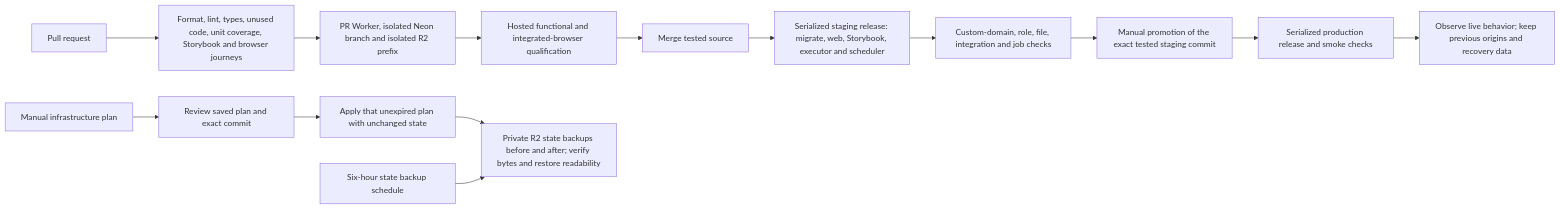
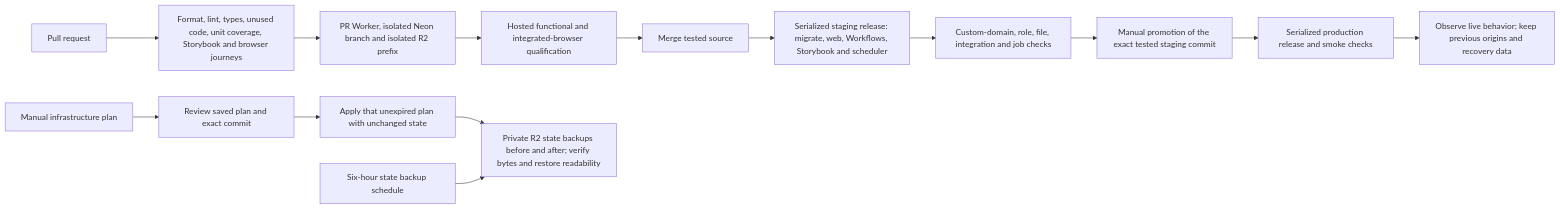
Before and after one commit to Fencing-Club/ecommerce: the third of 3 diagrams in apps/copacker/docs/specs/platform-migration/architecture.md, drawn with Mermaid. The commit also changed other lines of this file and 36 other files, not shown here.

````diff
--- a/apps/copacker/docs/specs/platform-migration/architecture.md
+++ b/apps/copacker/docs/specs/platform-migration/architecture.md
@@ -171,16 +162,16 @@
 ```mermaid
 flowchart LR
   change["Pull request"] --> checks["Format, lint, types, unused code, unit coverage, Storybook and browser journeys"]
   checks --> preview["PR Worker, isolated Neon branch and isolated R2 prefix"]
   preview --> qualify["Hosted functional and integrated-browser qualification"]
   qualify --> merge["Merge tested source"]
-  merge --> staging["Serialized staging release: migrate, web, Storybook, executor and scheduler"]
+  merge --> staging["Serialized staging release: migrate, web, Workflows, Storybook and scheduler"]
   staging --> acceptance["Custom-domain, role, file, integration and job checks"]
   acceptance --> promote["Manual promotion of the exact tested staging commit"]
   promote --> production["Serialized production release and smoke checks"]
   production --> observe["Observe live behavior; keep previous origins and recovery data"]
   infra["Manual infrastructure plan"] --> review["Review saved plan and exact commit"]
   review --> apply["Apply that unexpired plan with unchanged state"]
   apply --> backup["Private R2 state backups before and after; verify bytes and restore readability"]
   scheduled["Six-hour state backup schedule"] --> backup
 ```
````
